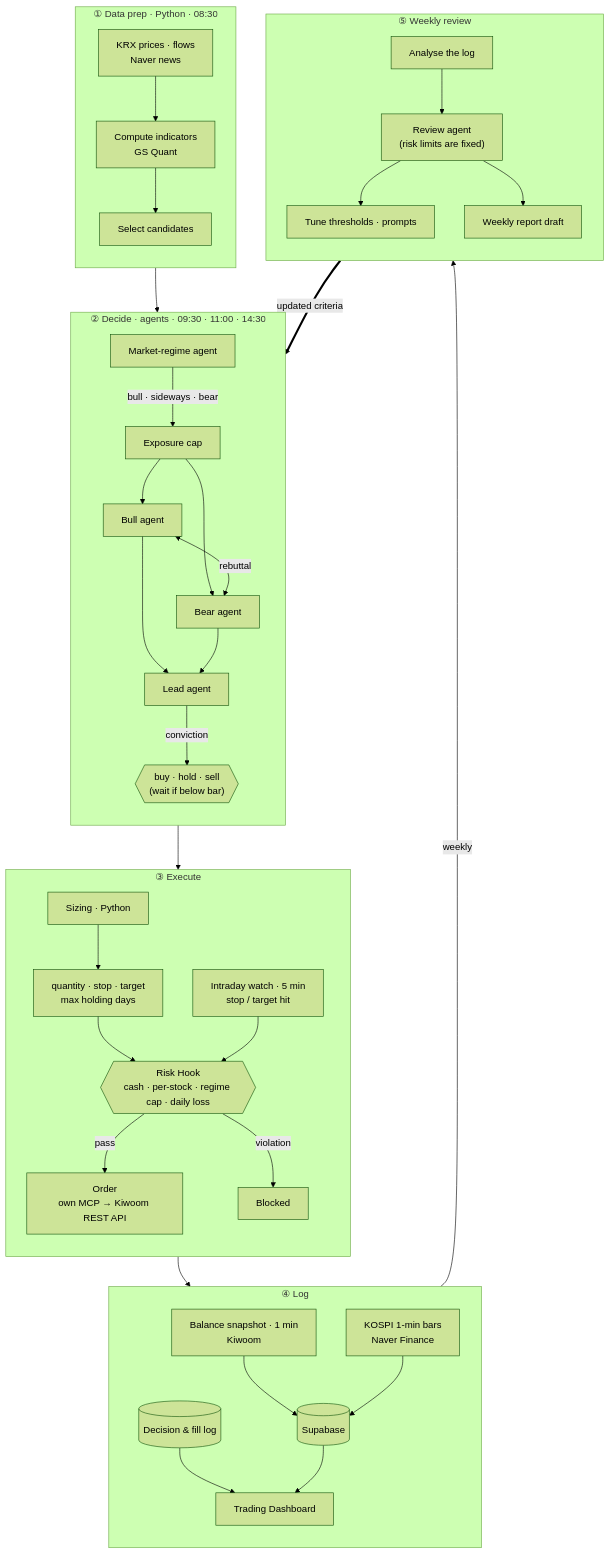
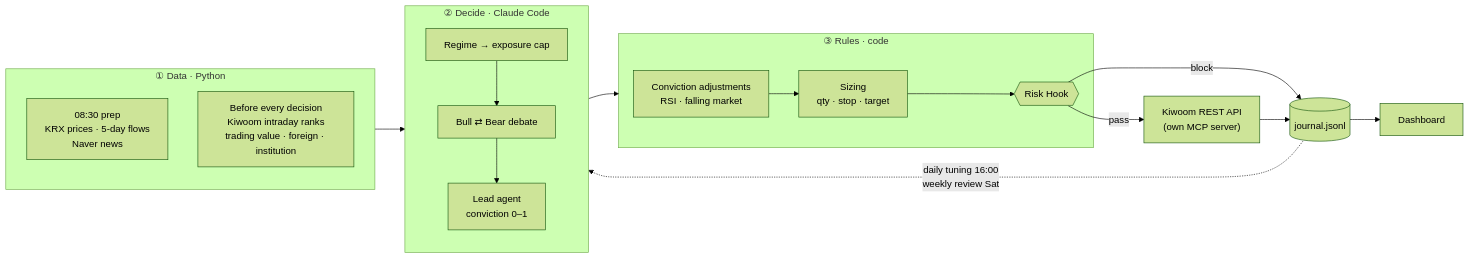
Before and after one commit to isopink/hynix-298f: the first of 3 diagrams in README.md, drawn with Mermaid (forest theme). The commit also changed other lines of this file and 6 other files, not shown here.

````diff
--- a/README.md
+++ b/README.md
@@ -51,40 +50,28 @@
 ```mermaid
-flowchart TB
-    subgraph S1["① Data prep · Python · 08:30"]
-        direction TB
-        A1["KRX prices · flows<br/>Naver news"] --> A2["Compute indicators<br/>GS Quant"] --> A3["Select candidates"]
+flowchart LR
+    subgraph DATA["① Data · Python"]
+        D1["08:30 prep<br/>KRX prices · 5-day flows<br/>Naver news"]
+        D2["Before every decision<br/>Kiwoom intraday ranks<br/>trading value · foreign · institution"]
     end
-    subgraph S2["② Decide · agents · 09:30 · 11:00 · 14:30"]
-        direction TB
-        B1["Market-regime agent"] -->|bull · sideways · bear| B2["Exposure cap"]
-        B2 --> C1["Bull agent"]
-        B2 --> C2["Bear agent"]
-        C1 <-->|rebuttal| C2
-        C1 --> E1["Lead agent"]
-        C2 --> E1
-        E1 -->|conviction| E2{{"buy · hold · sell<br/>(wait if below bar)"}}
+    subgraph AGENT["② Decide · Claude Code"]
+        A1["Regime → exposure cap"]
+        A2["Bull ⇄ Bear debate"]
+        A3["Lead agent<br/>conviction 0–1"]
+        A1 --> A2 --> A3
     end
-    subgraph S3["③ Execute"]
-        direction TB
-        F1["Sizing · Python"] --> F2["quantity · stop · target<br/>max holding days"] --> G{{"Risk Hook<br/>cash · per-stock · regime cap · daily loss"}}
-        M["Intraday watch · 5 min<br/>stop / target hit"] --> G
-        G -->|pass| H["Order<br/>own MCP → Kiwoom REST API"]
-        G -->|violation| X["Blocked"]
+    subgraph RULES["③ Rules · code"]
+        R1["Conviction adjustments<br/>RSI · falling market"]
+        R2["Sizing<br/>qty · stop · target"]
+        R3{{"Risk Hook"}}
+        R1 --> R2 --> R3
     end
-    subgraph S4["④ Log"]
-        direction TB
-        I[("Decision & fill log")] --> K["Trading Dashboard"]
-        L["Balance snapshot · 1 min<br/>Kiwoom"] --> SB[("Supabase")]
-        N["KOSPI 1-min bars<br/>Naver Finance"] --> SB
-        SB --> K
-    end
-    subgraph S5["⑤ Weekly review"]
-        direction TB
-        J1["Analyse the log"] --> J2["Review agent<br/>(risk limits are fixed)"]
-        J2 --> J3["Tune thresholds · prompts"]
-        J2 --> J4["Weekly report draft"]
-    end
-    S1 --> S2 --> S3 --> S4
-    S4 -->|weekly| S5
-    S5 == "updated criteria" ==> S2
+    K["Kiwoom REST API<br/>(own MCP server)"]
+    LOG[("journal.jsonl")]
+    WEB["Dashboard"]
+
+    DATA --> AGENT --> RULES
+    R3 -- pass --> K
+    R3 -- block --> LOG
+    K --> LOG --> WEB
+    LOG -. "daily tuning 16:00<br/>weekly review Sat" .-> AGENT
 ```
````
